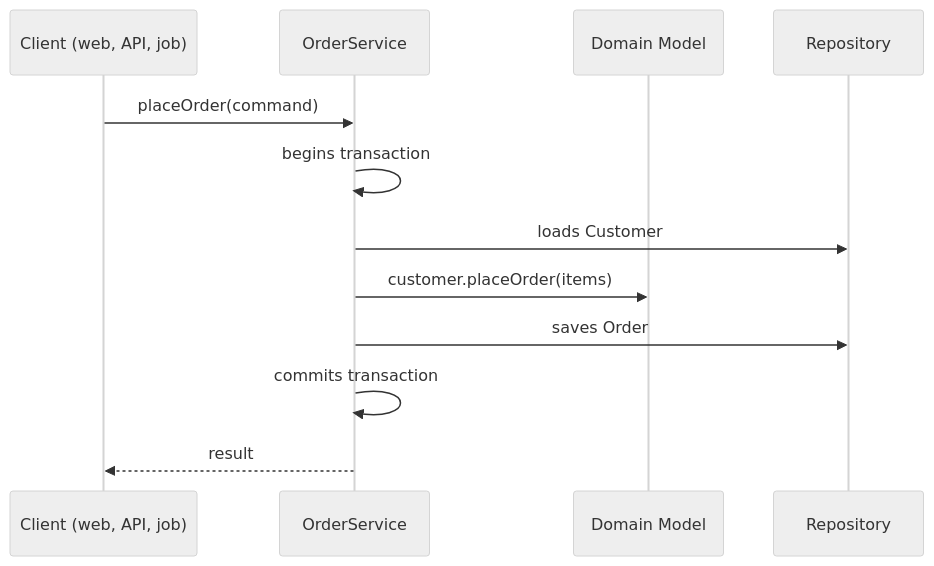
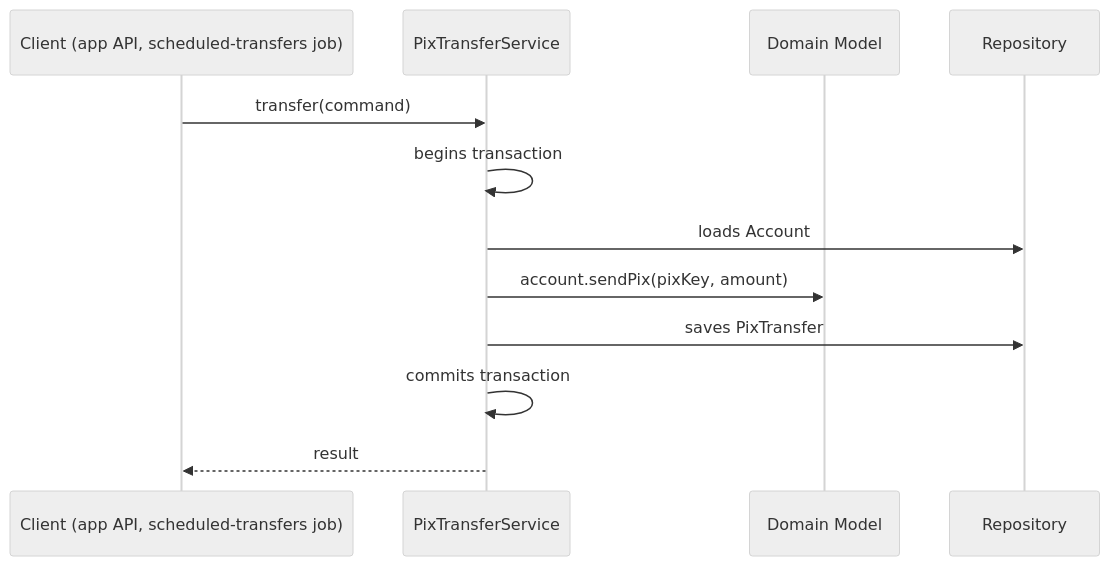
Before and after one commit to alancesar/design-patterns: the diagram in i18n/en/docusaurus-plugin-content-docs/current/design/poeaa/domain-logic/service-layer.md, drawn with Mermaid (neutral theme). The commit also changed other lines of this file and 95 other files, not shown here.

First line of the commit message:
Switch PoEAA examples and diagrams to fintech scenarios

````diff
--- a/i18n/en/docusaurus-plugin-content-docs/current/design/poeaa/domain-logic/service-layer.md
+++ b/i18n/en/docusaurus-plugin-content-docs/current/design/poeaa/domain-logic/service-layer.md
@@ -57,14 +57,14 @@
 ```mermaid
 sequenceDiagram
-    participant UI as Client (web, API, job)
-    participant S as OrderService
+    participant UI as Client (app API, scheduled-transfers job)
+    participant S as PixTransferService
     participant D as Domain Model
     participant R as Repository
-    UI->>S: placeOrder(command)
+    UI->>S: transfer(command)
     S->>S: begins transaction
-    S->>R: loads Customer
-    S->>D: customer.placeOrder(items)
-    S->>R: saves Order
+    S->>R: loads Account
+    S->>D: account.sendPix(pixKey, amount)
+    S->>R: saves PixTransfer
     S->>S: commits transaction
     S-->>UI: result
 ```
````
